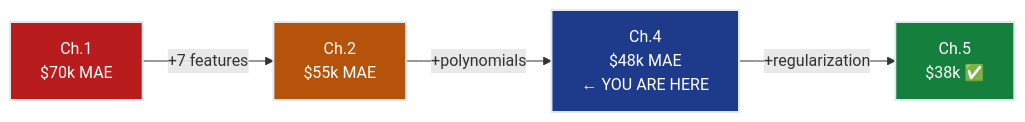
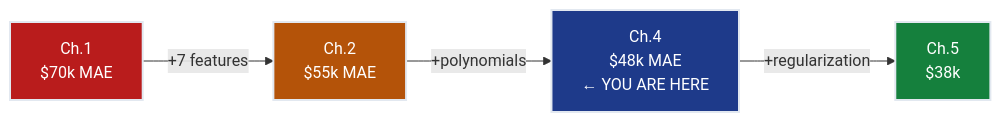
Before and after one commit to dsgouda7/ai-portfolio: the sixth of 7 diagrams in notes/01-ml/01-regression/ch04_polynomial_features/README.md, drawn with Mermaid. The commit also changed other lines of this file and 179 other files, not shown here.

````diff
--- a/notes/01-ml/01-regression/ch04_polynomial_features/README.md
+++ b/notes/01-ml/01-regression/ch04_polynomial_features/README.md
@@ -602,11 +600,11 @@
 ```mermaid
 flowchart LR
-    CH1["Ch.1<br/>$70k MAE"] -->|"+7 features"| CH2["Ch.2<br/>$55k MAE"]
-    CH2 -->|"+polynomials"| CH4["Ch.4<br/>$48k MAE<br/>← YOU ARE HERE"]
-    CH4 -->|"+regularization"| CH5["Ch.5<br/>$38k ✅"]
-    
-    style CH1 fill:#b91c1c,stroke:#e2e8f0,stroke-width:2px,color:#ffffff
-    style CH2 fill:#b45309,stroke:#e2e8f0,stroke-width:2px,color:#ffffff
-    style CH4 fill:#1e3a8a,stroke:#e2e8f0,stroke-width:2px,color:#ffffff
-    style CH5 fill:#15803d,stroke:#e2e8f0,stroke-width:2px,color:#ffffff
+ CH1["Ch.1<br/>$70k MAE"] -->|"+7 features"| CH2["Ch.2<br/>$55k MAE"]
+ CH2 -->|"+polynomials"| CH4["Ch.4<br/>$48k MAE<br/>← YOU ARE HERE"]
+ CH4 -->|"+regularization"| CH5["Ch.5<br/>$38k "]
+
+ style CH1 fill:#b91c1c,stroke:#e2e8f0,stroke-width:2px,color:#ffffff
+ style CH2 fill:#b45309,stroke:#e2e8f0,stroke-width:2px,color:#ffffff
+ style CH4 fill:#1e3a8a,stroke:#e2e8f0,stroke-width:2px,color:#ffffff
+ style CH5 fill:#15803d,stroke:#e2e8f0,stroke-width:2px,color:#ffffff
 ```
````
